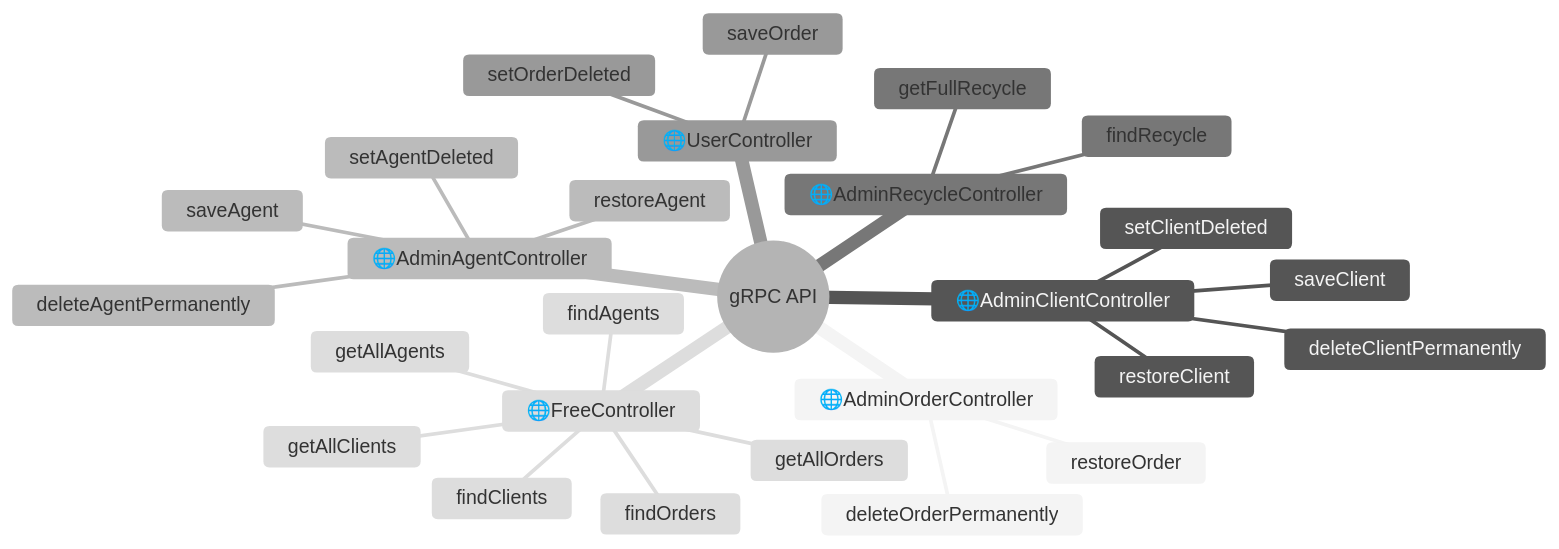
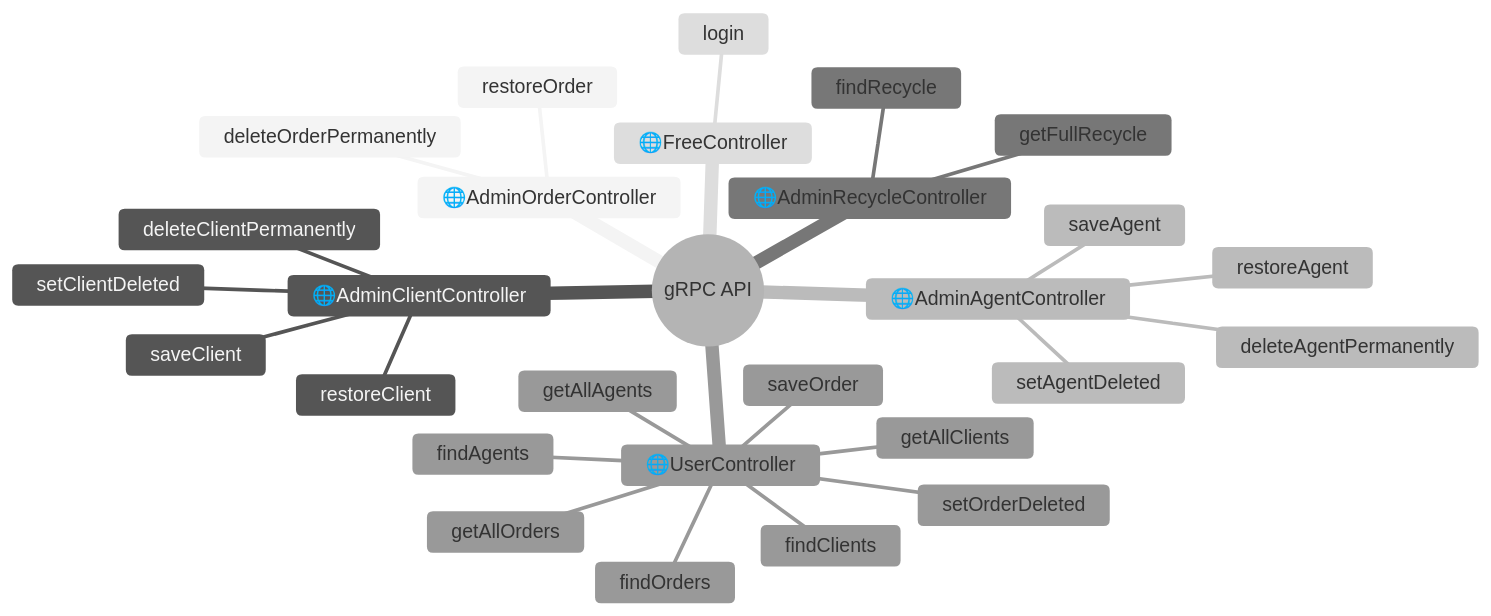
The second of 2 diagrams in README.en.md (AleksOBM/vaadin-service-desk), drawn with Mermaid (neutral theme) before and after one commit. The commit also changed other lines of this file and 1 other file, not shown here.

````diff
--- a/README.en.md
+++ b/README.en.md
@@ -167,31 +169,32 @@
 ```mermaid
 %%{init: { 'mindmap': { 'maxNodeWidth': 500 } }}%%
 mindmap
   root((gRPC API))
       🌐AdminOrderController
         deleteOrderPermanently
         restoreOrder
       🌐AdminClientController
         deleteClientPermanently
         restoreClient
         saveClient
         setClientDeleted
       🌐AdminAgentController
         deleteAgentPermanently
         restoreAgent
         saveAgent
         setAgentDeleted
       🌐AdminRecycleController
         findRecycle
         getFullRecycle
       🌐UserController
         saveOrder
         setOrderDeleted
-      🌐FreeController
         findAgents
         findClients
         findOrders
         getAllAgents
         getAllClients
         getAllOrders
+      🌐FreeController
+        login
 ```
````
